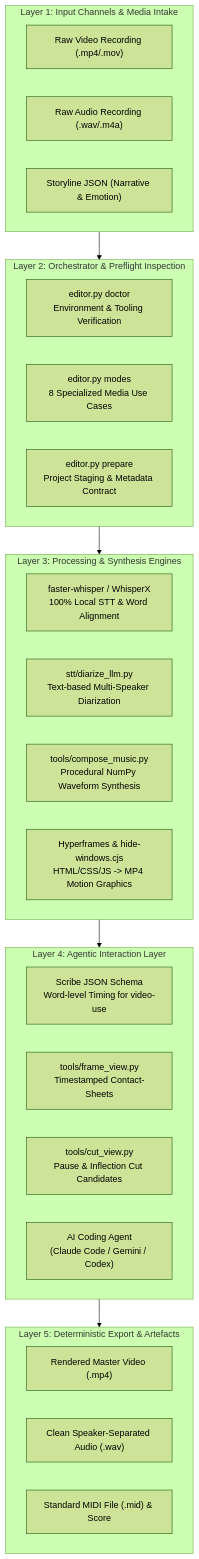
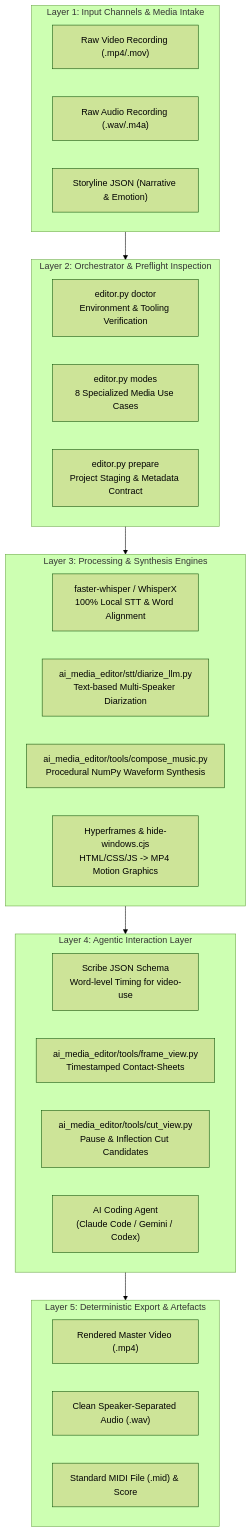
Before and after one commit to ellmos-ai/ai-media-editor: the first of 2 diagrams in README.md, drawn with Mermaid (forest theme). The commit also changed other lines of this file and 28 other files, not shown here.

First line of the commit message:
fix(packaging): make ai-media-editor a real installable package (#3)

````diff
--- a/README.md
+++ b/README.md
@@ -70,39 +70,39 @@
 ```mermaid
 flowchart TB
     subgraph Intake ["Layer 1: Input Channels & Media Intake"]
         V["Raw Video Recording (.mp4/.mov)"]
         A["Raw Audio Recording (.wav/.m4a)"]
         S["Storyline JSON (Narrative & Emotion)"]
     end
 
     subgraph Preflight ["Layer 2: Orchestrator & Preflight Inspection"]
         DOC["editor.py doctor<br/>Environment & Tooling Verification"]
         MODES["editor.py modes<br/>8 Specialized Media Use Cases"]
         PREP["editor.py prepare<br/>Project Staging & Metadata Contract"]
     end
 
     subgraph Engines ["Layer 3: Processing & Synthesis Engines"]
         FW["faster-whisper / WhisperX<br/>100% Local STT & Word Alignment"]
-        DIAR["stt/diarize_llm.py<br/>Text-based Multi-Speaker Diarization"]
-        MUSIC["tools/compose_music.py<br/>Procedural NumPy Waveform Synthesis"]
+        DIAR["ai_media_editor/stt/diarize_llm.py<br/>Text-based Multi-Speaker Diarization"]
+        MUSIC["ai_media_editor/tools/compose_music.py<br/>Procedural NumPy Waveform Synthesis"]
         HF["Hyperframes & hide-windows.cjs<br/>HTML/CSS/JS -> MP4 Motion Graphics"]
     end
 
     subgraph Agentic ["Layer 4: Agentic Interaction Layer"]
         SCRIBE["Scribe JSON Schema<br/>Word-level Timing for video-use"]
-        FRAMES["tools/frame_view.py<br/>Timestamped Contact-Sheets"]
-        CUTS["tools/cut_view.py<br/>Pause & Inflection Cut Candidates"]
+        FRAMES["ai_media_editor/tools/frame_view.py<br/>Timestamped Contact-Sheets"]
+        CUTS["ai_media_editor/tools/cut_view.py<br/>Pause & Inflection Cut Candidates"]
         LLM["AI Coding Agent<br/>(Claude Code / Gemini / Codex)"]
     end
 
     subgraph Export ["Layer 5: Deterministic Export & Artefacts"]
         OUT_V["Rendered Master Video (.mp4)"]
         OUT_A["Clean Speaker-Separated Audio (.wav)"]
         OUT_M["Standard MIDI File (.mid) & Score"]
     end
 
     Intake --> Preflight
     Preflight --> Engines
     Engines --> Agentic
     Agentic --> Export
 ```
````
